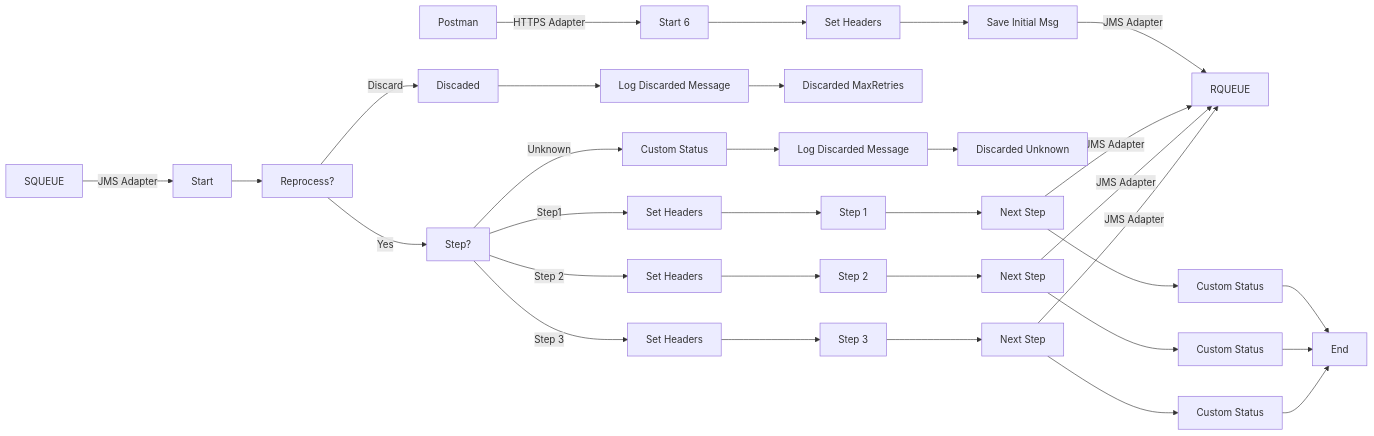
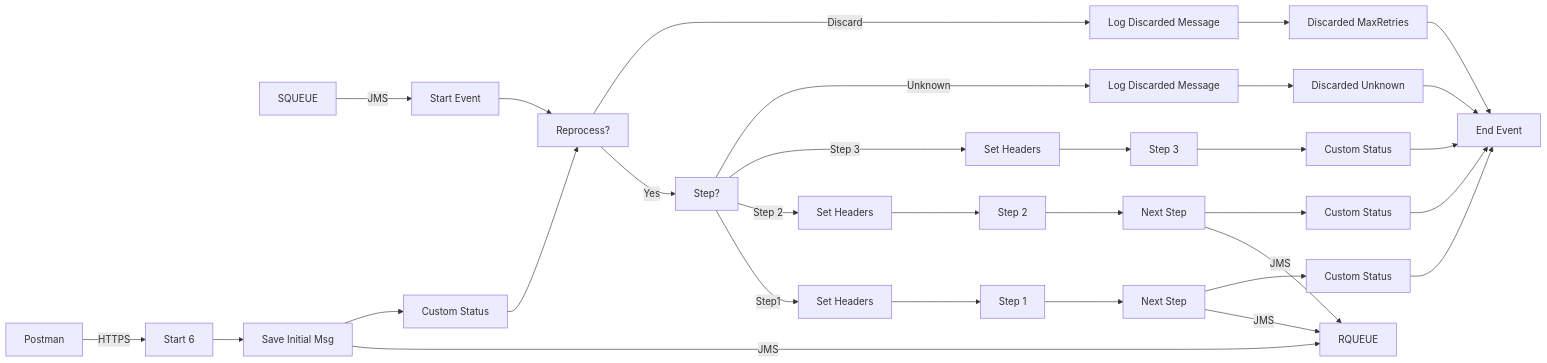
The diagram in MMZ - Cell Iflows/SEDA_Model_-_Single_Queue_-_Restart_and_Discard_MMZ-1.0.0/readme.md (Avvale-IA-CICD/AvvaleCPI), drawn with Mermaid before and after one commit. The commit also changed other lines of this file, not shown here.

Commit message:
Add/update documentation for SEDA_Model_-_Single_Queue_-_Restart_and_Discard_MMZ v1.0.0

````diff
--- a/MMZ - Cell Iflows/SEDA_Model_-_Single_Queue_-_Restart_and_Discard_MMZ-1.0.0/readme.md
+++ b/MMZ - Cell Iflows/SEDA_Model_-_Single_Queue_-_Restart_and_Discard_MMZ-1.0.0/readme.md
@@ -4,38 +4,64 @@
 ```mermaid
 graph LR
     SQUEUE[SQUEUE]
+    StartEvent[Start Event]
+    ExclusiveGatewayReprocess[Reprocess?]
+    ExclusiveGatewayStep[Step?]
+    Step1SetHeaders[Set Headers]
+    Step1[Step 1]
+    Step2SetHeaders[Set Headers]
+    Step2[Step 2]
+    Step3SetHeaders[Set Headers]
+    Step3[Step 3]
+    NextStep1[Next Step]
+    NextStep2[Next Step]
+    CustomStatus1[Custom Status]
+    CustomStatus2[Custom Status]
+    CustomStatus3[Custom Status]
+    DiscardedUnknown[Discarded Unknown]
+    LogDiscardedUnknown[Log Discarded Message]
+    DiscardedMaxRetries[Discarded MaxRetries]
+    LogDiscardedMaxRetries[Log Discarded Message]
+    EndEvent[End Event]
     Postman[Postman]
+    StartEventDummy[Start 6]
+    SaveInitialMsg[Save Initial Msg]
+    CustomStatusStep0[Custom Status]
     RQUEUE[RQUEUE]
 
-    SQUEUE -- JMS Adapter --> StartEvent[Start]
-    Postman -- HTTPS Adapter --> StartEvent6[Start 6]
-    StartEvent6 --> SetHeaders0[Set Headers]
-    SetHeaders0 --> SaveInitialMsg[Save Initial Msg]
-    SaveInitialMsg -- JMS Adapter --> RQUEUE
-    StartEvent --> Reprocess[Reprocess?]
-    Reprocess -- Yes --> StepGateway[Step?]
-    Reprocess -- Discard --> DiscardMaxRetriesStatus[Discaded]
-    DiscardMaxRetriesStatus --> LogDiscardedMessageMaxRetries[Log Discarded Message]
-    LogDiscardedMessageMaxRetries --> DiscardedMaxRetries[Discarded MaxRetries]
-    StepGateway -- Step1 --> SetHeaders1[Set Headers]
-    StepGateway -- Step 2 --> SetHeaders2[Set Headers]
-    StepGateway -- Step 3 --> SetHeaders3[Set Headers]
-    StepGateway -- Unknown --> DiscardUnknownStatus[Custom Status]
-    DiscardUnknownStatus --> LogDiscardedMessageUnknown[Log Discarded Message]
-    LogDiscardedMessageUnknown --> DiscardedUnknown[Discarded Unknown]
-    SetHeaders1 --> Step1[Step 1]
-    SetHeaders2 --> Step2[Step 2]
-    SetHeaders3 --> Step3[Step 3]
-    Step1 --> NextStep1[Next Step]
-    Step2 --> NextStep2[Next Step]
-    Step3 --> NextStep3[Next Step]
-    NextStep1 --> CustomStatus1[Custom Status]
-    NextStep2 --> CustomStatus2[Custom Status]
-    NextStep3 --> CustomStatus3[Custom Status]
-    CustomStatus1 --> EndEvent[End]
+    SQUEUE -- JMS --> StartEvent
+    Postman -- HTTPS --> StartEventDummy
+    StartEventDummy --> SaveInitialMsg
+    SaveInitialMsg -- JMS --> RQUEUE
+    SaveInitialMsg --> CustomStatusStep0
+    CustomStatusStep0 --> ExclusiveGatewayReprocess
+
+    StartEvent --> ExclusiveGatewayReprocess
+    ExclusiveGatewayReprocess -- Yes --> ExclusiveGatewayStep
+    ExclusiveGatewayReprocess -- Discard --> LogDiscardedMaxRetries
+    LogDiscardedMaxRetries --> DiscardedMaxRetries
+    DiscardedMaxRetries --> EndEvent
+
+    ExclusiveGatewayStep -- Step1 --> Step1SetHeaders
+    ExclusiveGatewayStep -- Step 2 --> Step2SetHeaders
+    ExclusiveGatewayStep -- Step 3 --> Step3SetHeaders
+    ExclusiveGatewayStep -- Unknown --> LogDiscardedUnknown
+    LogDiscardedUnknown --> DiscardedUnknown
+    DiscardedUnknown --> EndEvent
+
+    Step1SetHeaders --> Step1
+    Step1 --> NextStep1
+    NextStep1 -- JMS --> RQUEUE
+    NextStep1 --> CustomStatus1
+    CustomStatus1 --> EndEvent
+
+    Step2SetHeaders --> Step2
+    Step2 --> NextStep2
+    NextStep2 -- JMS --> RQUEUE
+    NextStep2 --> CustomStatus2
     CustomStatus2 --> EndEvent
+
+    Step3SetHeaders --> Step3
+    Step3 --> CustomStatus3
     CustomStatus3 --> EndEvent
-    NextStep1 -- JMS Adapter --> RQUEUE
-    NextStep2 -- JMS Adapter --> RQUEUE
-    NextStep3 -- JMS Adapter --> RQUEUE
 ```
````
